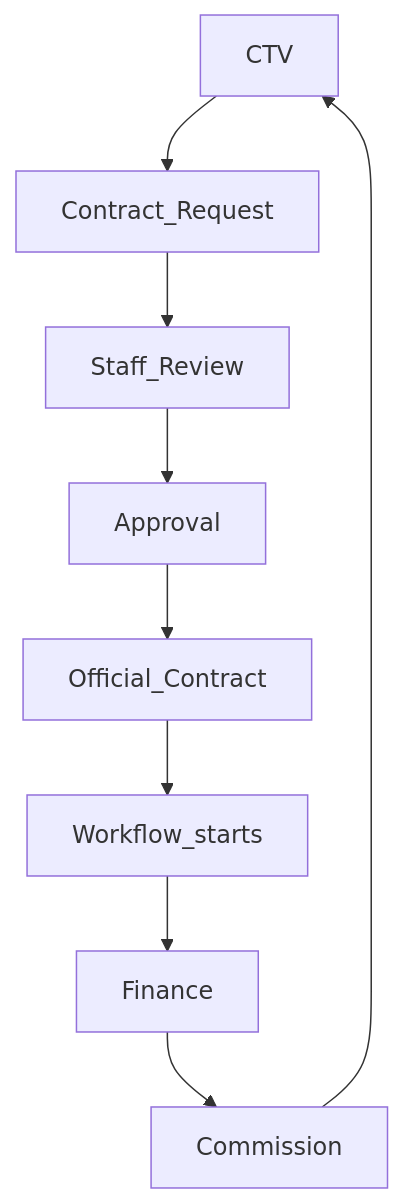
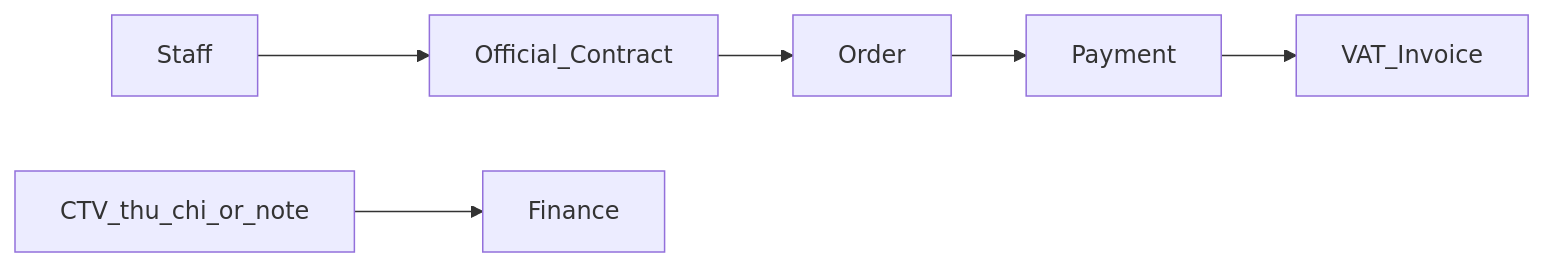
One commit to PNCTriet/DYN_CRM_BACKEND changed the first of 2 diagrams in docs/02-domain/Collaboration.md. Above: the diagram before and after it, drawn with Mermaid. The commit also changed other lines of this file and 46 other files, not shown here.

````diff
--- a/docs/02-domain/Collaboration.md
+++ b/docs/02-domain/Collaboration.md
@@ -41,11 +48,8 @@
 ```mermaid
-flowchart TD
-  CTV[CTV] --> CR[Contract_Request]
-  CR --> Review[Staff_Review]
-  Review --> Approval[Approval]
-  Approval --> OC[Official_Contract]
-  OC --> WF[Workflow_starts]
-  WF --> FIN[Finance]
-  FIN --> COMM[Commission]
-  COMM --> CTV
+flowchart LR
+  Staff[Staff] --> Contract[Official_Contract]
+  Contract --> Order[Order]
+  Order --> Pay[Payment]
+  Pay --> Inv[VAT_Invoice]
+  CTVMoney[CTV_thu_chi_or_note] --> FIN[Finance]
 ```
````
